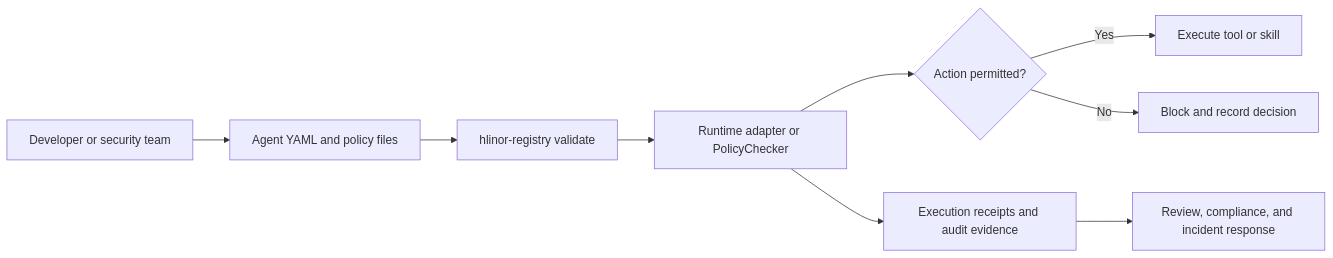
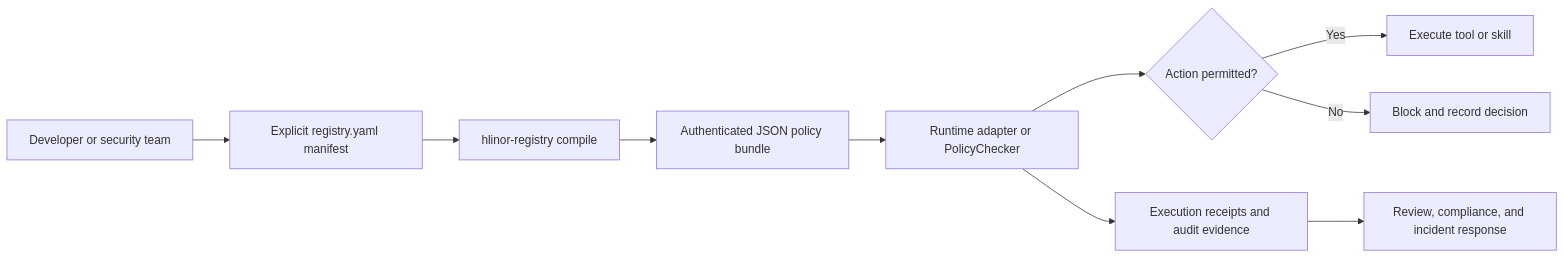
The diagram in README.md (HlinorAI/hlinor-agent-registry), drawn with Mermaid before and after one commit. The commit also changed other lines of this file and 11 other files, not shown here.

Commit message:
feat: add deterministic policy bundle compilation

````diff
--- a/README.md
+++ b/README.md
@@ -146,11 +142,12 @@
 ```mermaid
 flowchart LR
-    A["Developer or security team"] --> B["Agent YAML and policy files"]
-    B --> C["hlinor-registry validate"]
-    C --> D["Runtime adapter or PolicyChecker"]
-    D --> E{"Action permitted?"}
-    E -->|Yes| F["Execute tool or skill"]
-    E -->|No| G["Block and record decision"]
-    D --> H["Execution receipts and audit evidence"]
-    H --> I["Review, compliance, and incident response"]
+    A["Developer or security team"] --> B["Explicit registry.yaml manifest"]
+    B --> C["hlinor-registry compile"]
+    C --> D["Authenticated JSON policy bundle"]
+    D --> E["Runtime adapter or PolicyChecker"]
+    E --> F{"Action permitted?"}
+    F -->|Yes| G["Execute tool or skill"]
+    F -->|No| H["Block and record decision"]
+    E --> I["Execution receipts and audit evidence"]
+    I --> J["Review, compliance, and incident response"]
 ```
````
